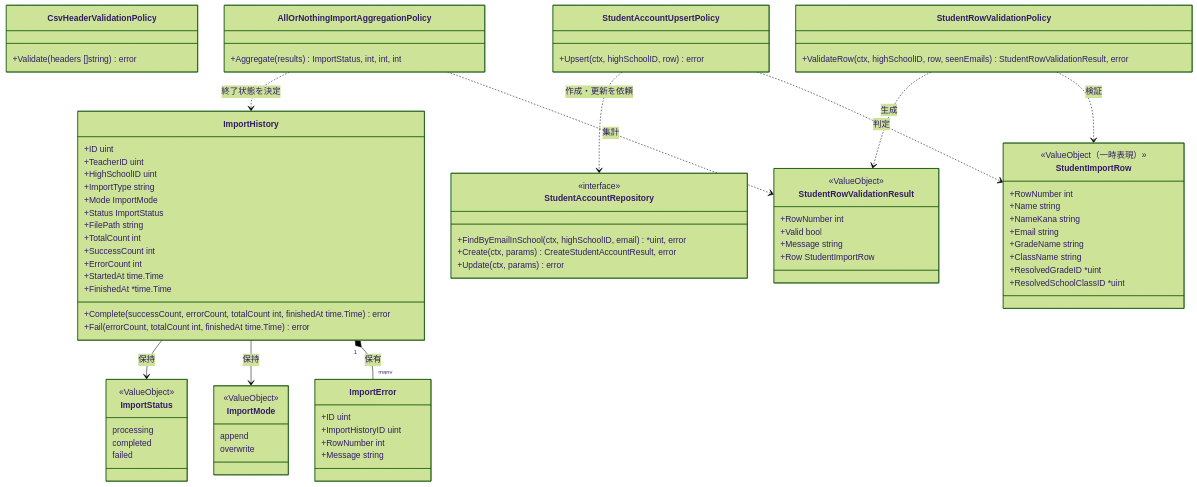
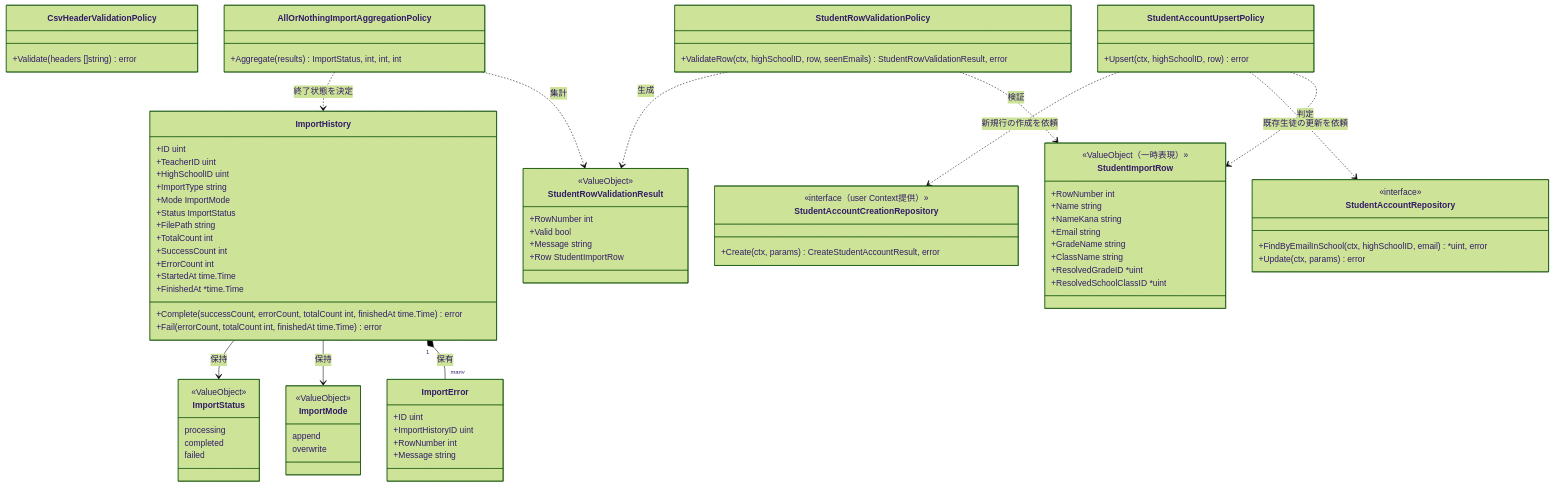
The first of 4 diagrams in 計画書/Go実装仕様書/生徒CSVインポート機能_Go実装仕様書.md (yuta20253/edu-platform-go-design), drawn with Mermaid (forest theme) before and after one commit. The commit also changed other lines of this file and 28 other files, not shown here.

````diff
--- a/計画書/Go実装仕様書/生徒CSVインポート機能_Go実装仕様書.md
+++ b/計画書/Go実装仕様書/生徒CSVインポート機能_Go実装仕様書.md
@@ -360,8 +370,11 @@
     class StudentAccountRepository {
       <<interface>>
       +FindByEmailInSchool(ctx, highSchoolID, email) *uint, error
+      +Update(ctx, params) error
+    }
+    class StudentAccountCreationRepository {
+      <<interface（user Context提供）>>
       +Create(ctx, params) CreateStudentAccountResult, error
-      +Update(ctx, params) error
     }
 
     ImportHistory "1" *-- "many" ImportError : 保有
@@ -372,5 +385,6 @@
     AllOrNothingImportAggregationPolicy ..> StudentRowValidationResult : 集計
     AllOrNothingImportAggregationPolicy ..> ImportHistory : 終了状態を決定
     StudentAccountUpsertPolicy ..> StudentImportRow : 判定
-    StudentAccountUpsertPolicy ..> StudentAccountRepository : 作成・更新を依頼
+    StudentAccountUpsertPolicy ..> StudentAccountRepository : 既存生徒の更新を依頼
+    StudentAccountUpsertPolicy ..> StudentAccountCreationRepository : 新規行の作成を依頼
 ```
````
